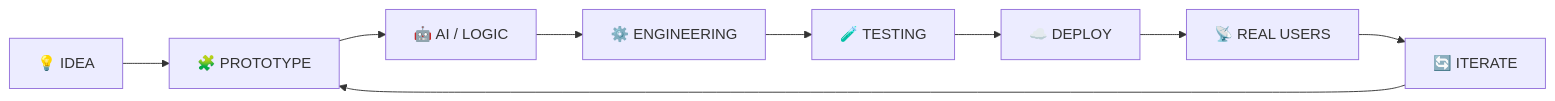
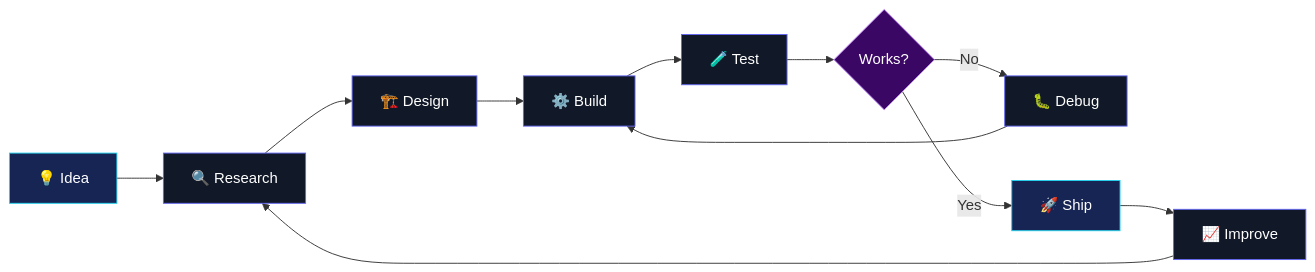
One commit to AkshatRaj00/AkshatRaj00 changed the first of 3 diagrams in README.md. Above: the diagram before and after it, drawn with Mermaid. The commit also changed other lines of this file, not shown here.

````diff
--- a/README.md
+++ b/README.md
@@ -433,14 +62,20 @@
 ```mermaid
 flowchart LR
+    A["💡 Idea"] --> B["🔍 Research"]
+    B --> C["🏗️ Design"]
+    C --> D["⚙️ Build"]
+    D --> E["🧪 Test"]
+    E --> F{"Works?"}
+    F -- "No" --> G["🐛 Debug"]
+    G --> D
+    F -- "Yes" --> H["🚀 Ship"]
+    H --> I["📈 Improve"]
+    I --> B
 
-    A["💡 IDEA"]
-    B["🧩 PROTOTYPE"]
-    C["🤖 AI / LOGIC"]
-    D["⚙️ ENGINEERING"]
-    E["🧪 TESTING"]
-    F["☁️ DEPLOY"]
-    G["📡 REAL USERS"]
-    H["🔄 ITERATE"]
-
-    A --> B --> C --> D --> E --> F --> G --> H --> B
+    classDef start fill:#172554,stroke:#22D3EE,color:#FFFFFF
+    classDef process fill:#111827,stroke:#6366F1,color:#FFFFFF
+    classDef decision fill:#3B0764,stroke:#C084FC,color:#FFFFFF
+    class A,H start
+    class B,C,D,E,G,I process
+    class F decision
 ```
````
